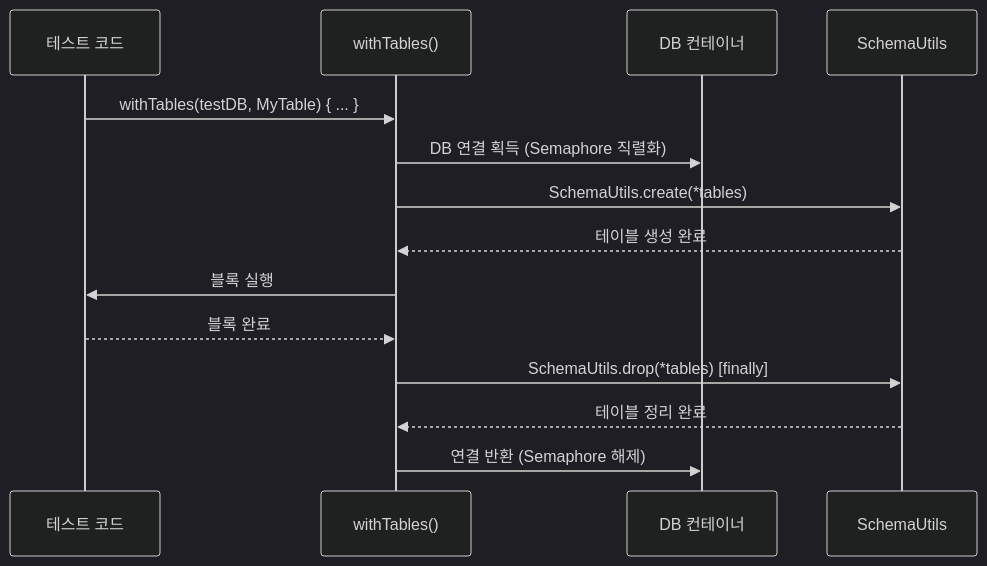
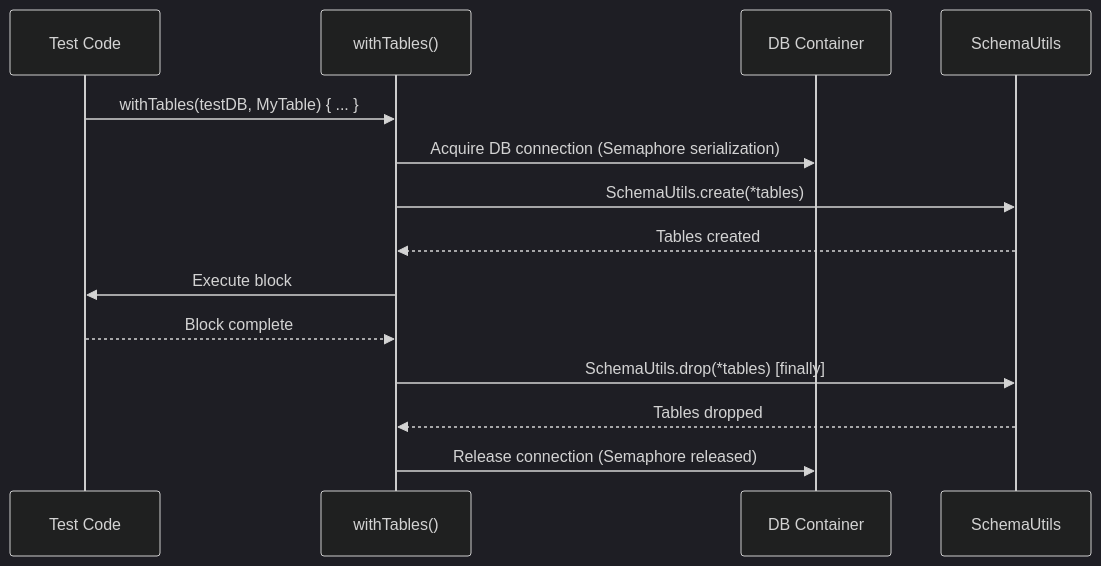
The third of 3 diagrams in 00-shared/exposed-r2dbc-shared/README.md (bluetape4k/exposed-r2dbc-workshop), drawn with Mermaid (dark theme) before and after one commit. The commit also changed other lines of this file and 63 other files, not shown here.

First line of the commit message:
docs: 전 모듈 README Mermaid UML 추가 및 영/한 이중화

````diff
--- a/00-shared/exposed-r2dbc-shared/README.md
+++ b/00-shared/exposed-r2dbc-shared/README.md
@@ -119,16 +146,16 @@
 ```mermaid
 sequenceDiagram
-    participant Test as 테스트 코드
+    participant Test as Test Code
     participant WTF as withTables()
-    participant DB as DB 컨테이너
+    participant DB as DB Container
     participant Schema as SchemaUtils
     Test ->> WTF: withTables(testDB, MyTable) { ... }
-    WTF ->> DB: DB 연결 획득 (Semaphore 직렬화)
+    WTF ->> DB: Acquire DB connection (Semaphore serialization)
     WTF ->> Schema: SchemaUtils.create(*tables)
-    Schema -->> WTF: 테이블 생성 완료
-    WTF ->> Test: 블록 실행
-    Test -->> WTF: 블록 완료
+    Schema -->> WTF: Tables created
+    WTF ->> Test: Execute block
+    Test -->> WTF: Block complete
     WTF ->> Schema: SchemaUtils.drop(*tables) [finally]
-    Schema -->> WTF: 테이블 정리 완료
-    WTF ->> DB: 연결 반환 (Semaphore 해제)
+    Schema -->> WTF: Tables dropped
+    WTF ->> DB: Release connection (Semaphore released)
 ```
````
